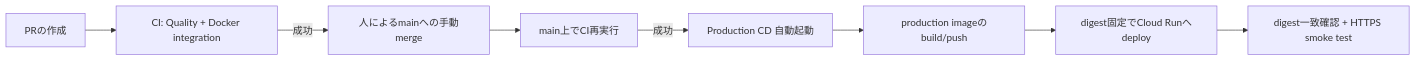
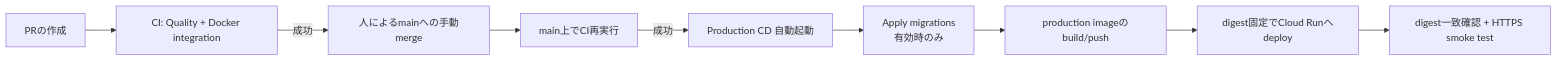
Before and after one commit to ttttai/account-book: the diagram in docs/operations/deployment.md, drawn with Mermaid. The commit also changed other lines of this file and 10 other files, not shown here.

````diff
--- a/docs/operations/deployment.md
+++ b/docs/operations/deployment.md
@@ -7,10 +7,11 @@
 ```mermaid
 flowchart LR
     PR[PRの作成] --> CI[CI: Quality + Docker integration]
     CI -->|成功| MERGE[人によるmainへの手動merge]
     MERGE --> CI2[main上でCI再実行]
     CI2 -->|成功| CD[Production CD 自動起動]
-    CD --> BUILD[production imageのbuild/push]
+    CD --> MIGRATE[Apply migrations<br/>有効時のみ]
+    MIGRATE --> BUILD[production imageのbuild/push]
     BUILD --> DEPLOY[digest固定でCloud Runへdeploy]
     DEPLOY --> VERIFY[digest一致確認 + HTTPS smoke test]
 ```
````
